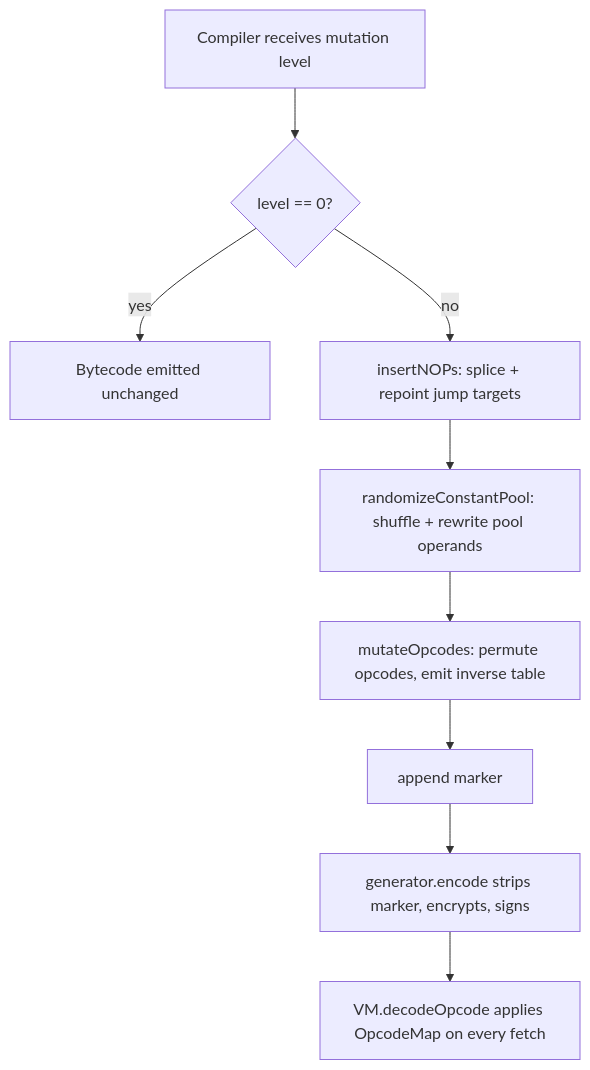
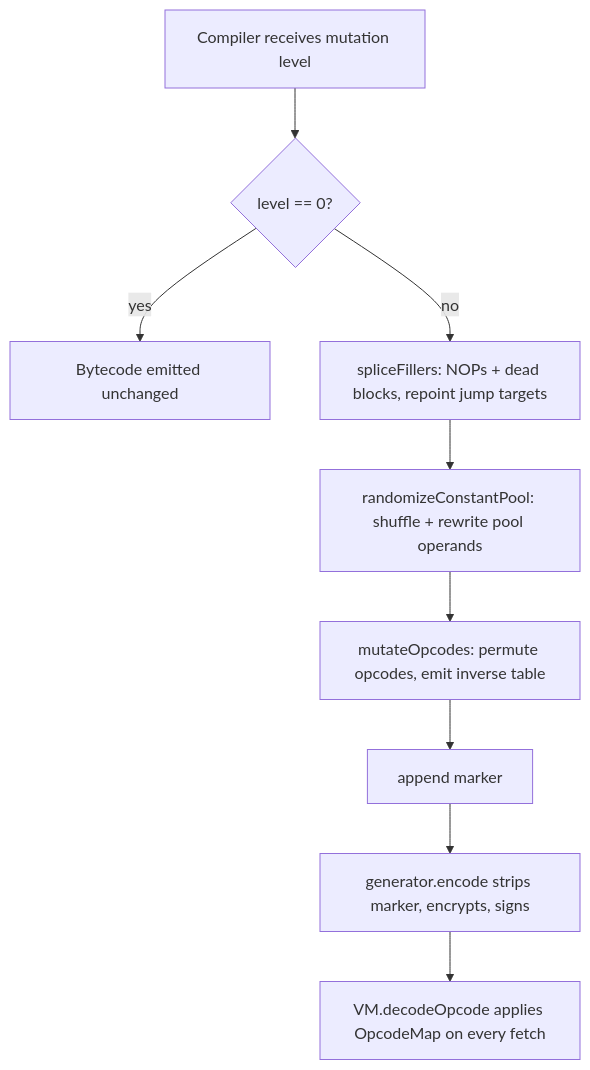
The diagram in docs/POLYMORPHIC_BYTECODE_LLD.md (aoiflux/mutant), drawn with Mermaid before and after one commit. The commit also changed other lines of this file and 27 other files, not shown here.

````diff
--- a/docs/POLYMORPHIC_BYTECODE_LLD.md
+++ b/docs/POLYMORPHIC_BYTECODE_LLD.md
@@ -131,11 +166,11 @@
 ```mermaid
 flowchart TD
     A[Compiler receives mutation level] --> B{level == 0?}
     B -->|yes| Z[Bytecode emitted unchanged]
-    B -->|no| C[insertNOPs: splice + repoint jump targets]
+    B -->|no| C[spliceFillers: NOPs + dead blocks, repoint jump targets]
     C --> D[randomizeConstantPool: shuffle + rewrite pool operands]
     D --> E[mutateOpcodes: permute opcodes, emit inverse table]
     E --> F[append marker]
     F --> G[generator.encode strips marker, encrypts, signs]
     G --> H[VM.decodeOpcode applies OpcodeMap on every fetch]
 ```
````
